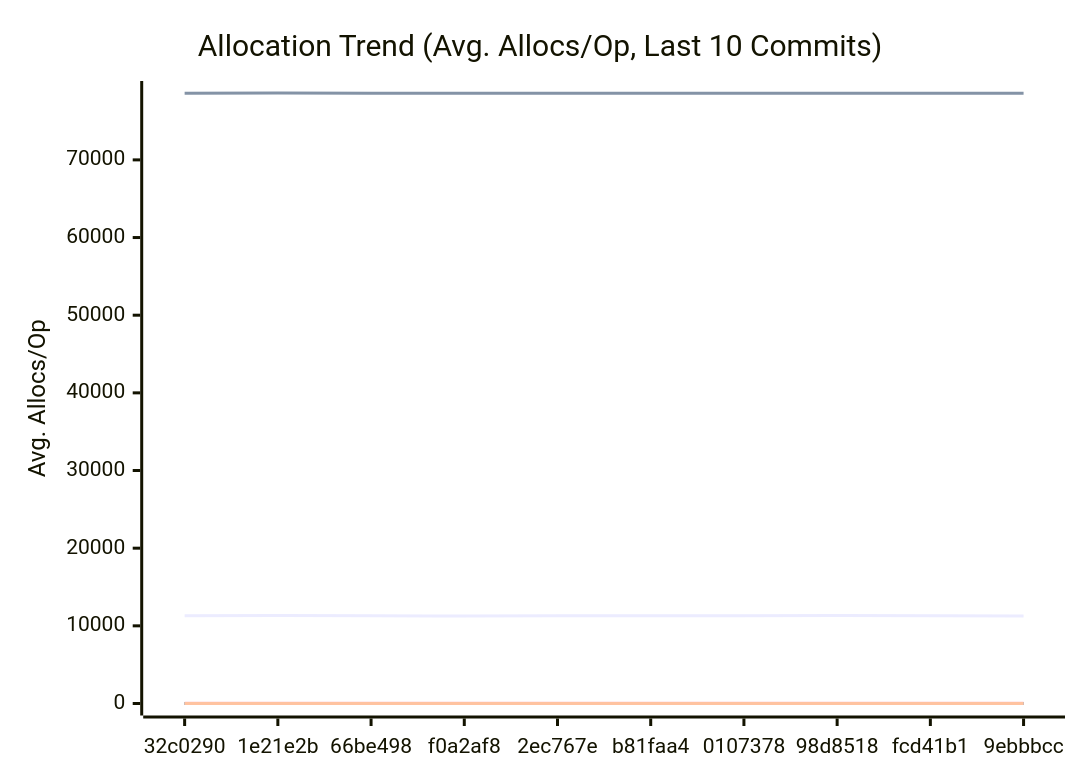
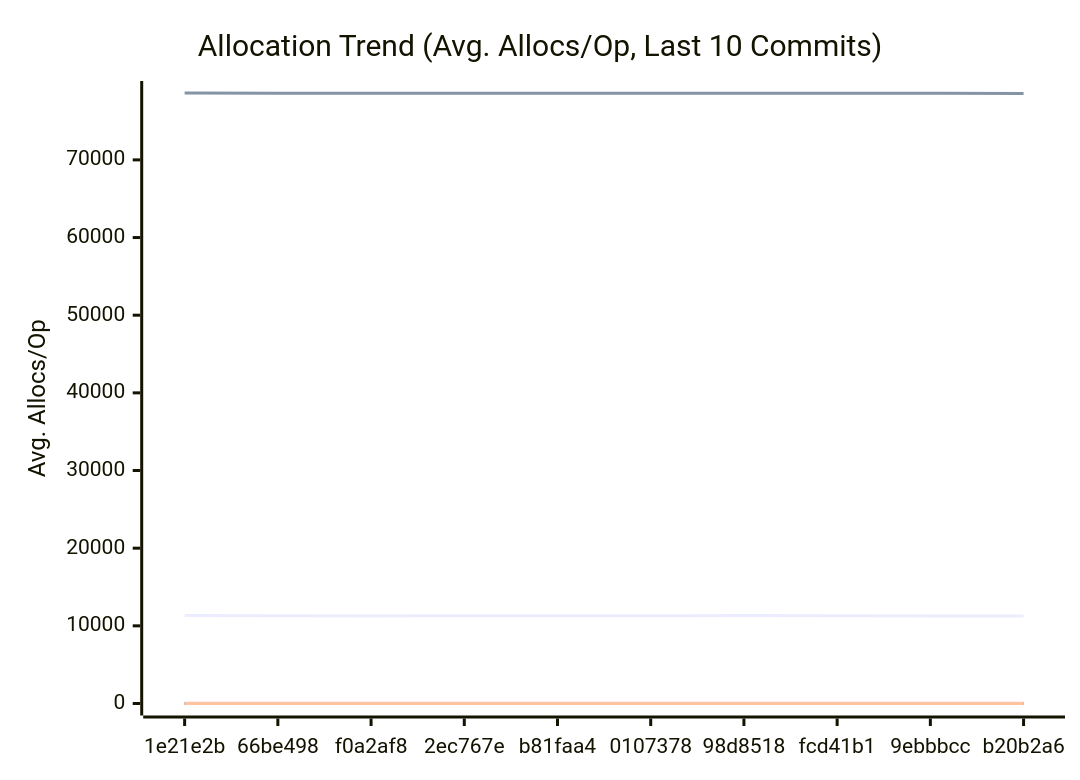
One commit to alsotoes/momo changed the third of 3 diagrams in docs/PERFORMANCE.md. Above: the diagram before and after it, drawn with Mermaid. The commit also changed other lines of this file and 3 other files, not shown here.

````diff
--- a/docs/PERFORMANCE.md
+++ b/docs/PERFORMANCE.md
@@ -197,20 +197,20 @@
 ```mermaid
 xychart-beta
     title "Allocation Trend (Avg. Allocs/Op, Last 10 Commits)"
     x-axis "Commit"
     y-axis "Avg. Allocs/Op"
-    x-axis [32c0290,1e21e2b,66be498,f0a2af8,2ec767e,b81faa4,0107378,98d8518,fcd41b1,9ebbbcc]
-    line "AWSChunkedReaderSigned" [11290,11320,11284,11279,11295,11290,11295,11316,11296,11282]
-    line "AWSChunkedReaderUnsigned" [78594,78612,78570,78565,78569,78578,78577,78586,78573,78566]
+    x-axis [1e21e2b,66be498,f0a2af8,2ec767e,b81faa4,0107378,98d8518,fcd41b1,9ebbbcc,b20b2a6]
+    line "AWSChunkedReaderSigned" [11320,11284,11279,11295,11290,11295,11316,11296,11282,11271]
+    line "AWSChunkedReaderUnsigned" [78612,78570,78565,78569,78578,78577,78586,78573,78566,78562]
     line "CheckMetricsAndSwap" [0,0,0,0,0,0,0,0,0,0]
     line "CrushOptimized" [0,0,0,0,0,0,0,0,0,0]
     line "CrushOriginal" [3,3,3,3,3,3,3,3,3,3]
     line "IndexDirectTracking" [0,0,0,0,0,0,0,0,0,0]
     line "IndexSearch" [0,0,0,0,0,0,0,0,0,0]
     line "LoadGlobalConfig" [46,46,46,46,46,46,46,46,46,46]
     line "PadString" [1,1,1,1,1,1,1,1,1,1]
     line "ParseReplicationOrder_NoPrealloc" [6,6,6,6,6,5,5,5,5,5]
     line "ParseReplicationOrder_Prealloc" [2,2,2,2,2,1,1,1,1,1]
     line "SanitizeLog/Safe" [0,0,0,0,0,0,0,0,0,0]
     line "SanitizeLog/Unsafe" [1,1,1,1,1,1,1,1,1,1]
 ```
````
